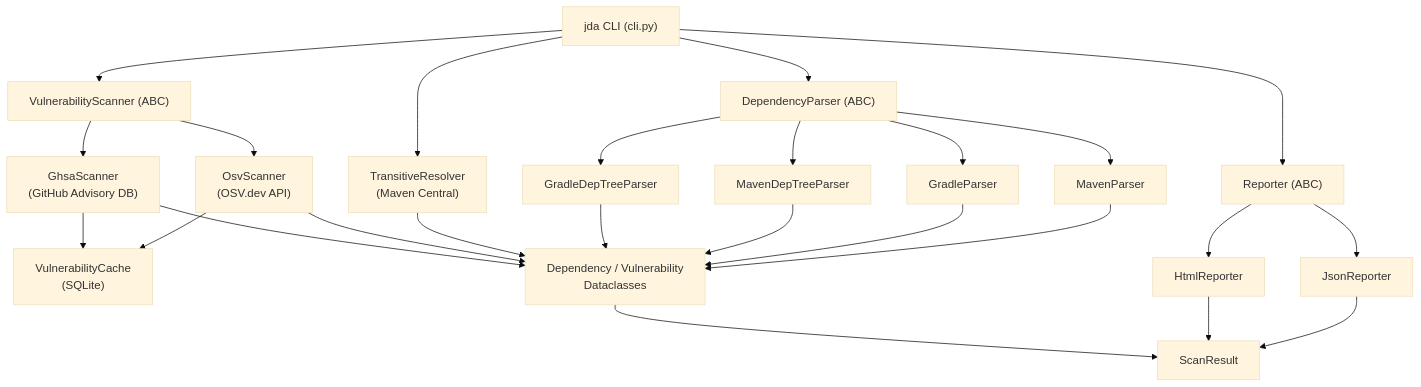
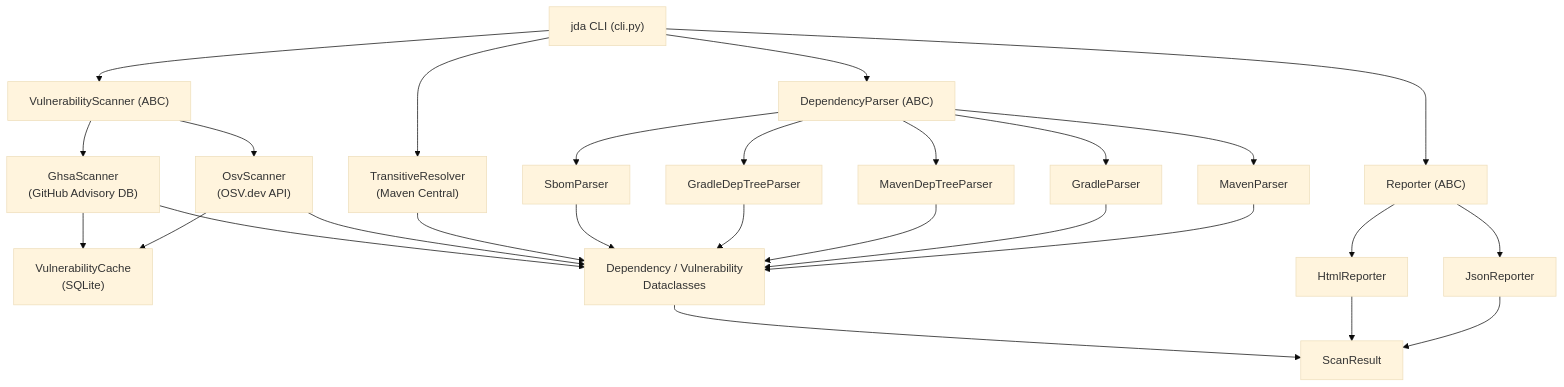
The diagram in README.md (rcw3bb/java-dependency-analyzer), drawn with Mermaid (base theme) before and after one commit. The commit also changed other lines of this file and 8 other files, not shown here.

````diff
--- a/README.md
+++ b/README.md
@@ -209,27 +299,29 @@
 ```mermaid
 graph TD
     CLI["jda CLI (cli.py)"] --> Parser["DependencyParser (ABC)"]
     Parser --> MavenParser
     Parser --> GradleParser
     Parser --> MavenDepTreeParser
     Parser --> GradleDepTreeParser
+    Parser --> SbomParser
     CLI --> Resolver["TransitiveResolver<br/>(Maven Central)"]
     CLI --> Scanner["VulnerabilityScanner (ABC)"]
     Scanner --> OsvScanner["OsvScanner<br/>(OSV.dev API)"]
     Scanner --> GhsaScanner["GhsaScanner<br/>(GitHub Advisory DB)"]
     OsvScanner --> Cache["VulnerabilityCache<br/>(SQLite)"]
     GhsaScanner --> Cache
     CLI --> Reporter["Reporter (ABC)"]
     Reporter --> JsonReporter
     Reporter --> HtmlReporter
     MavenParser --> Dependency["Dependency / Vulnerability<br/>Dataclasses"]
     GradleParser --> Dependency
     MavenDepTreeParser --> Dependency
     GradleDepTreeParser --> Dependency
+    SbomParser --> Dependency
     Resolver --> Dependency
     OsvScanner --> Dependency
     GhsaScanner --> Dependency
     JsonReporter --> ScanResult["ScanResult"]
     HtmlReporter --> ScanResult
     Dependency --> ScanResult
 ```
````
